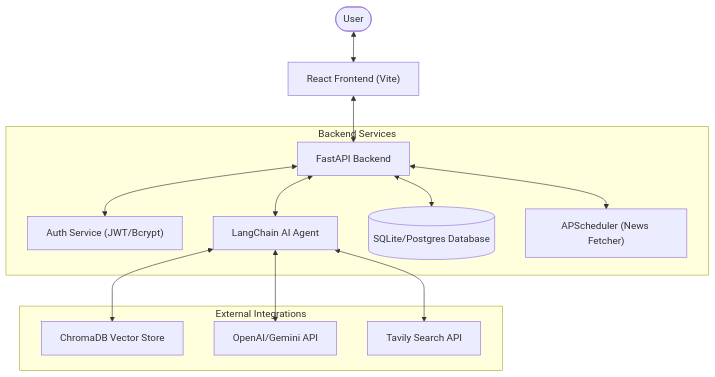
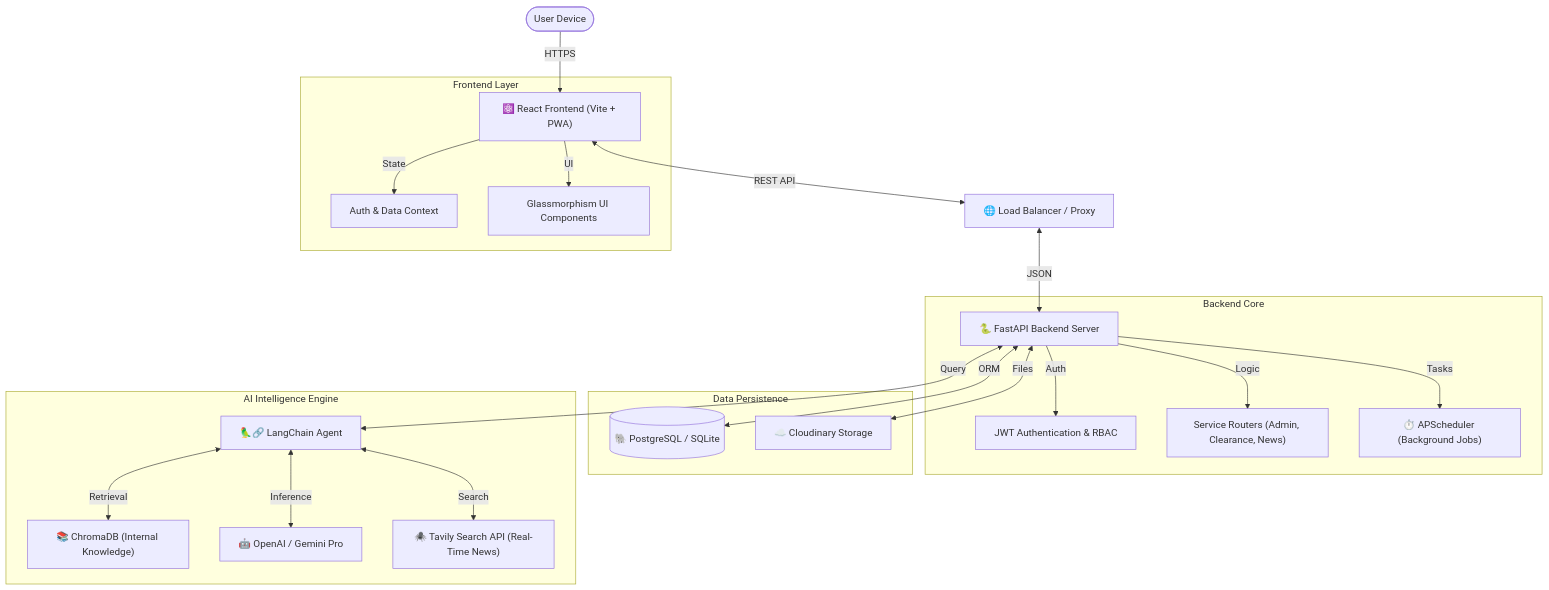
The diagram in README.md (CryptoLab-service/nysc-smart-bot), drawn with Mermaid before and after one commit. The commit also changed other lines of this file and 2 other files, not shown here.

Commit message:
Fix Deployment: Add Cloudinary to requirements & Polish README

````diff
--- a/README.md
+++ b/README.md
@@ -18,18 +22,30 @@
 ```mermaid
 graph TD
-    User([User]) <--> Client["React Frontend (Vite)"]
-    Client <--> API[FastAPI Backend]
+    User([User Device]) -->|HTTPS| Frontend["⚛️ React Frontend (Vite + PWA)"]
     
-    subgraph "Backend Services"
-        API <--> Auth["Auth Service (JWT/Bcrypt)"]
-        API <--> AI[LangChain AI Agent]
-        API <--> DB[("SQLite/Postgres Database")]
-        API <--> Scheduler["APScheduler (News Fetcher)"]
+    subgraph "Frontend Layer"
+        Frontend -->|State| Context["Auth & Data Context"]
+        Frontend -->|UI| Components["Glassmorphism UI Components"]
     end
     
-    subgraph "External Integrations"
-        AI <--> Chroma["ChromaDB Vector Store"]
-        AI <--> OpenAI["OpenAI/Gemini API"]
-        AI <--> Tavily["Tavily Search API"]
+    Frontend <-->|REST API| LoadBalancer["🌐 Load Balancer / Proxy"]
+    LoadBalancer <-->|JSON| Backend["🐍 FastAPI Backend Server"]
+    
+    subgraph "Backend Core"
+        Backend -->|Auth| Security["JWT Authentication & RBAC"]
+        Backend -->|Logic| Routers["Service Routers (Admin, Clearance, News)"]
+        Backend -->|Tasks| Scheduler["⏱️ APScheduler (Background Jobs)"]
+    end
+    
+    subgraph "Data Persistence"
+        Backend <-->|ORM| DB[("🐘 PostgreSQL / SQLite")]
+        Backend <-->|Files| Cloud["☁️ Cloudinary Storage"]
+    end
+    
+    subgraph "AI Intelligence Engine"
+        Backend <-->|Query| LangChain["🦜🔗 LangChain Agent"]
+        LangChain <-->|Retrieval| VectorDB["📚 ChromaDB (Internal Knowledge)"]
+        LangChain <-->|Inference| LLM["🤖 OpenAI / Gemini Pro"]
+        LangChain <-->|Search| WebSearch["🕷️ Tavily Search API (Real-Time News)"]
     end
 ```
````
